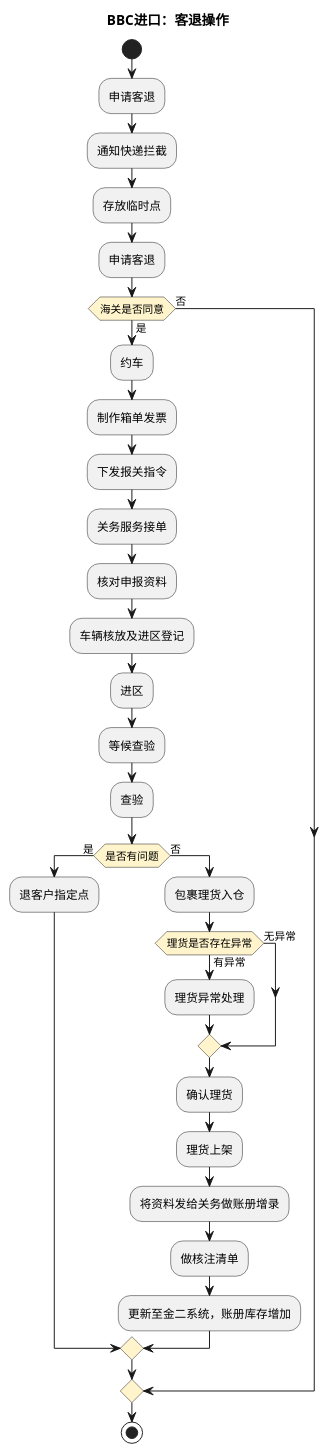
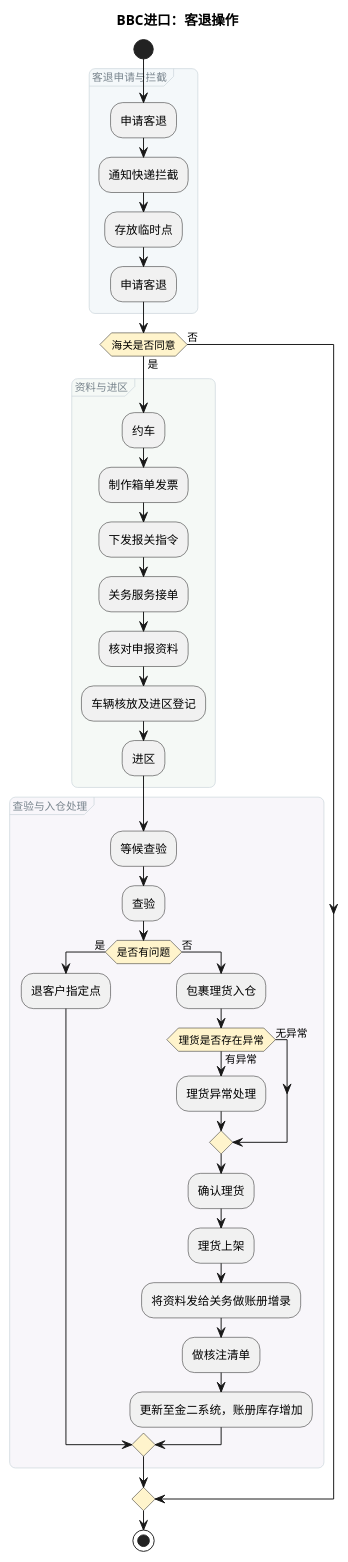
One commit to jack888332/projects-doc changed the ninth of 12 diagrams in product-caliber/goldjet/segmented-prd/mainflow/PRD.高捷物流系统一期.主流程.06.跨境电商BBC进口详细流程.md. Above: the diagram before and after it, drawn with PlantUML. The commit also changed other lines of this file and 16 other files, not shown here.

Commit message:
给DSL图分组

````diff
--- a/product-caliber/goldjet/segmented-prd/mainflow/PRD.高捷物流系统一期.主流程.06.跨境电商BBC进口详细流程.md
+++ b/product-caliber/goldjet/segmented-prd/mainflow/PRD.高捷物流系统一期.主流程.06.跨境电商BBC进口详细流程.md
@@ -344,38 +476,56 @@
 ```plantuml
 @startuml
 skinparam activityDiamondBackgroundColor #FFF4CC
+<style>
+activityDiagram {
+  group {
+    LineColor #CAD5DA
+    LineThickness 0.7
+    RoundCorner 12
+    FontColor #78848D
+    FontSize 11
+    FontStyle plain
+  }
+}
+</style>
 title BBC进口：客退操作
 start
+group 客退申请与拦截 #F4F8FA {
 :申请客退;
 :通知快递拦截;
 :存放临时点;
 :申请客退;
+}
 if (海关是否同意) then (是)
+group 资料与进区 #F5F9F6 {
   :约车;
   :制作箱单发票;
   :下发报关指令;
   :关务服务接单;
   :核对申报资料;
   :车辆核放及进区登记;
   :进区;
+}
+group 查验与入仓处理 #F8F6FA {
   :等候查验;
   :查验;
   if (是否有问题) then (是)
     :退客户指定点;
   else (否)
     :包裹理货入仓;
     if (理货是否存在异常) then (有异常)
       :理货异常处理;
     else (无异常)
     endif
     :确认理货;
     :理货上架;
     :将资料发给关务做账册增录;
     :做核注清单;
     :更新至金二系统，账册库存增加;
   endif
+}
 else (否)
 endif
 stop
 @enduml
 ```
````
